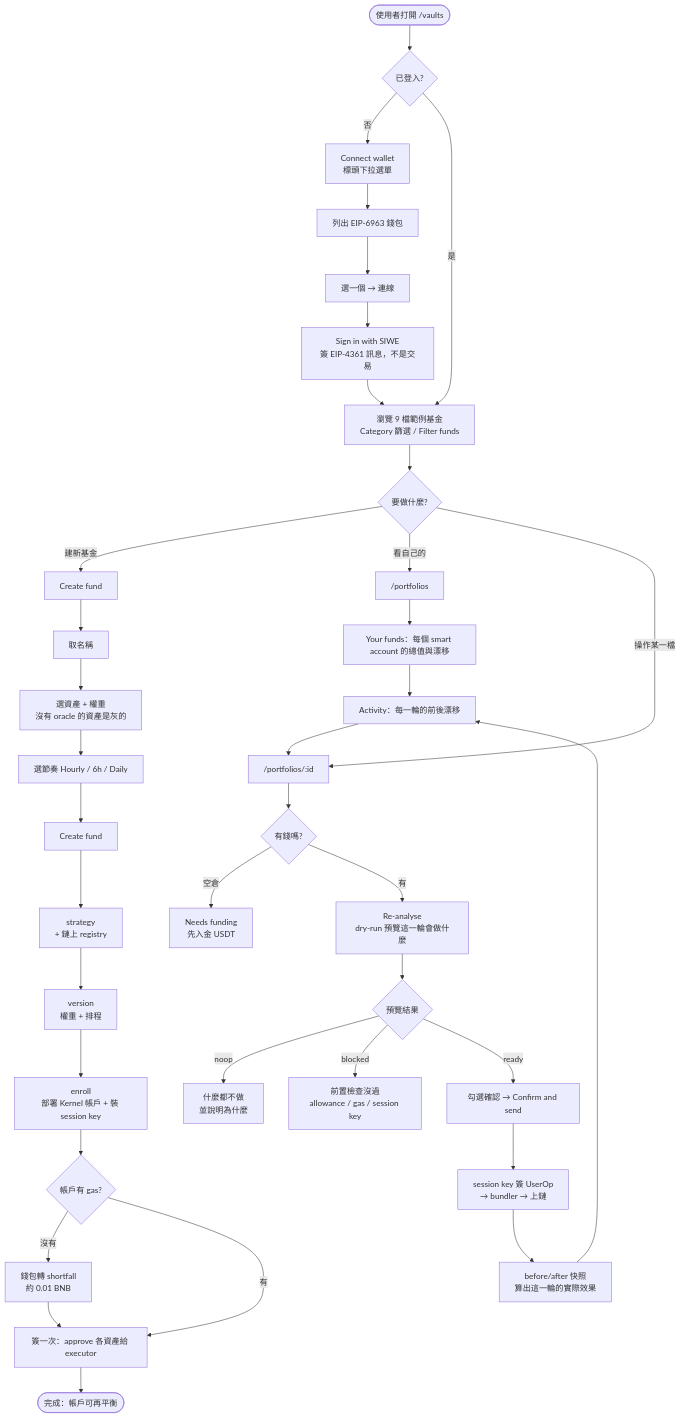
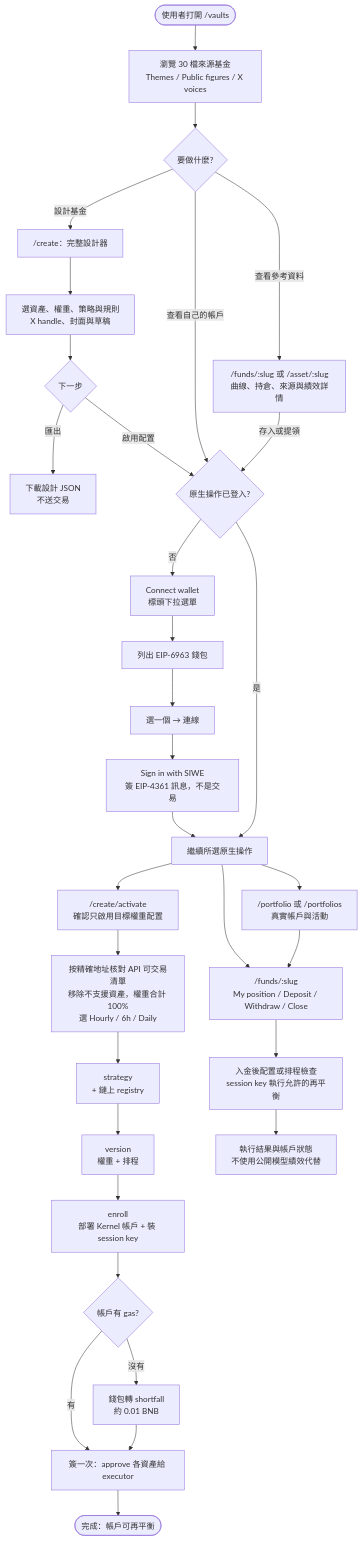
Before and after one commit to CRE88888888/cre8-app-public: the first of 5 diagrams in docs/user-flow.md, drawn with Mermaid. The commit also changed other lines of this file and 638 other files, not shown here.

````diff
--- a/docs/user-flow.md
+++ b/docs/user-flow.md
@@ -11,44 +13,35 @@
 ```mermaid
 flowchart TD
-    A([使用者打開 /vaults]) --> B{已登入?}
+    A([使用者打開 /vaults]) --> D[瀏覽 30 檔來源基金<br/>Themes / Public figures / X voices]
+    D --> E{要做什麼?}
+    E -- 查看參考資料 --> P["/funds/:slug 或 /asset/:slug<br/>曲線、持倉、來源與績效詳情"]
+    E -- 設計基金 --> F["/create：完整設計器"]
+    F --> F1[選資產、權重、策略與規則<br/>X handle、封面與草稿]
+    F1 --> F2{下一步}
+    F2 -- 匯出 --> J[下載設計 JSON<br/>不送交易]
+    F2 -- 啟用配置 --> B
+    E -- 查看自己的帳戶 --> B{原生操作已登入?}
+    P -- 存入或提領 --> B
     B -- 否 --> C[Connect wallet<br/>標頭下拉選單]
     C --> C1[列出 EIP-6963 錢包]
     C1 --> C2[選一個 → 連線]
     C2 --> C3[Sign in with SIWE<br/>簽 EIP-4361 訊息，不是交易]
-    C3 --> D
-    B -- 是 --> D[瀏覽 9 檔範例基金<br/>Category 篩選 / Filter funds]
-
-    D --> E{要做什麼?}
-    E -- 建新基金 --> F[Create fund]
-    E -- 看自己的 --> G["/portfolios"]
-    E -- 操作某一檔 --> H["/portfolios/:id"]
-
-    F --> F1[取名稱]
-    F1 --> F2[選資產 + 權重<br/>沒有 oracle 的資產是灰的]
-    F2 --> F3[選節奏 Hourly / 6h / Daily]
-    F3 --> F4[Create fund]
-
+    C3 --> N[繼續所選原生操作]
+    B -- 是 --> N
+    N --> G["/portfolio 或 /portfolios<br/>真實帳戶與活動"]
+    N --> H["/funds/:slug<br/>My position / Deposit / Withdraw / Close"]
+    N --> F3["/create/activate<br/>確認只啟用目標權重配置"]
+    F3 --> F4[按精確地址核對 API 可交易清單<br/>移除不支援資產，權重合計 100%<br/>選 Hourly / 6h / Daily]
     F4 --> S1[strategy<br/>+ 鏈上 registry]
     S1 --> S2[version<br/>權重 + 排程]
     S2 --> S3[enroll<br/>部署 Kernel 帳戶 + 裝 session key]
     S3 --> F5{帳戶有 gas?}
     F5 -- 沒有 --> F6[錢包轉 shortfall<br/>約 0.01 BNB]
     F5 -- 有 --> F7
     F6 --> F7[簽一次：approve 各資產給 executor]
     F7 --> F8([完成：帳戶可再平衡])
 
-    G --> G1[Your funds：每個 smart account 的總值與漂移]
-    G1 --> G2[Activity：每一輪的前後漂移]
-    G2 --> H
-
-    H --> H1{有錢嗎?}
-    H1 -- 空倉 --> H2[Needs funding<br/>先入金 USDT]
-    H1 -- 有 --> H3[Re-analyse<br/>dry-run 預覽這一輪會做什麼]
-    H3 --> H4{預覽結果}
-    H4 -- noop --> H5[什麼都不做<br/>並說明為什麼]
-    H4 -- blocked --> H6[前置檢查沒過<br/>allowance / gas / session key]
-    H4 -- ready --> H7[勾選確認 → Confirm and send]
-    H7 --> H8[session key 簽 UserOp<br/>→ bundler → 上鏈]
-    H8 --> H9[before/after 快照<br/>算出這一輪的實際效果]
-    H9 --> G2
+    G --> H
+    H --> H1[入金後配置或排程檢查<br/>session key 執行允許的再平衡]
+    H1 --> H2[執行結果與帳戶狀態<br/>不使用公開模型績效代替]
 ```
````
